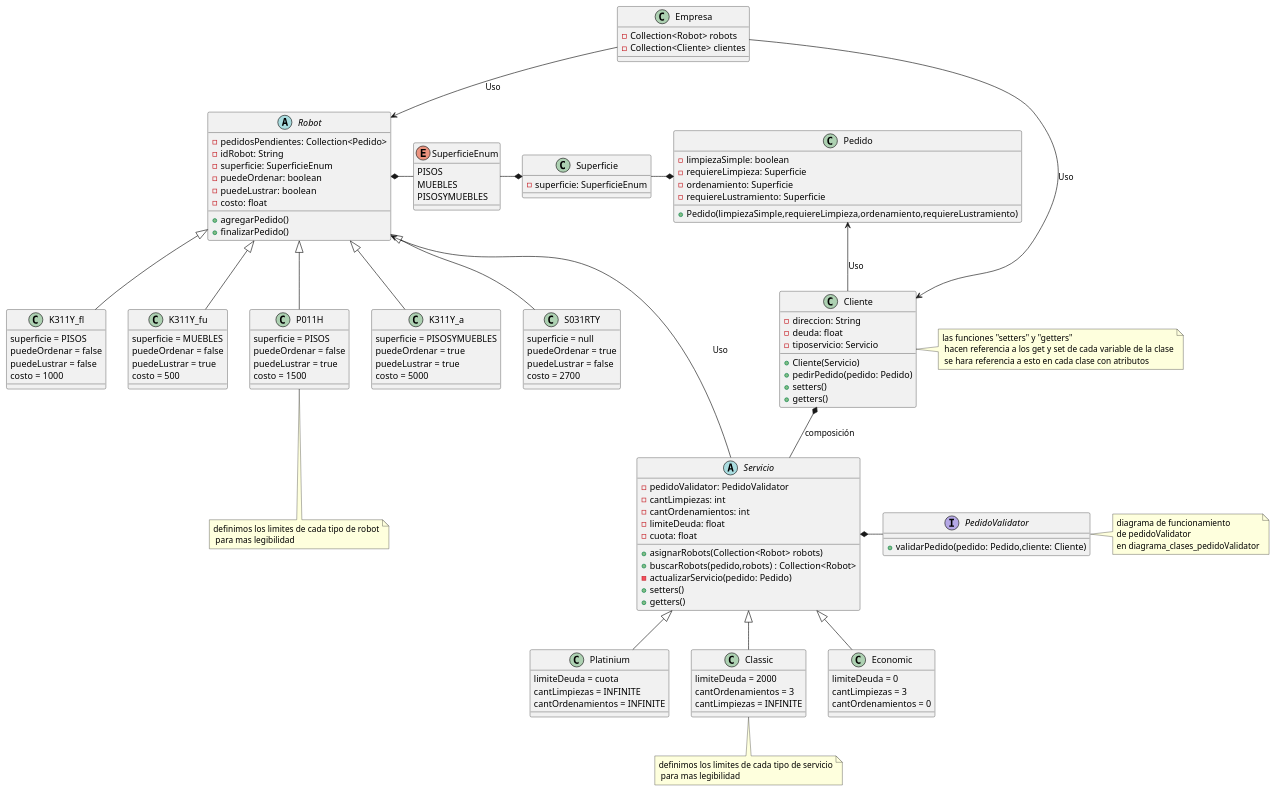
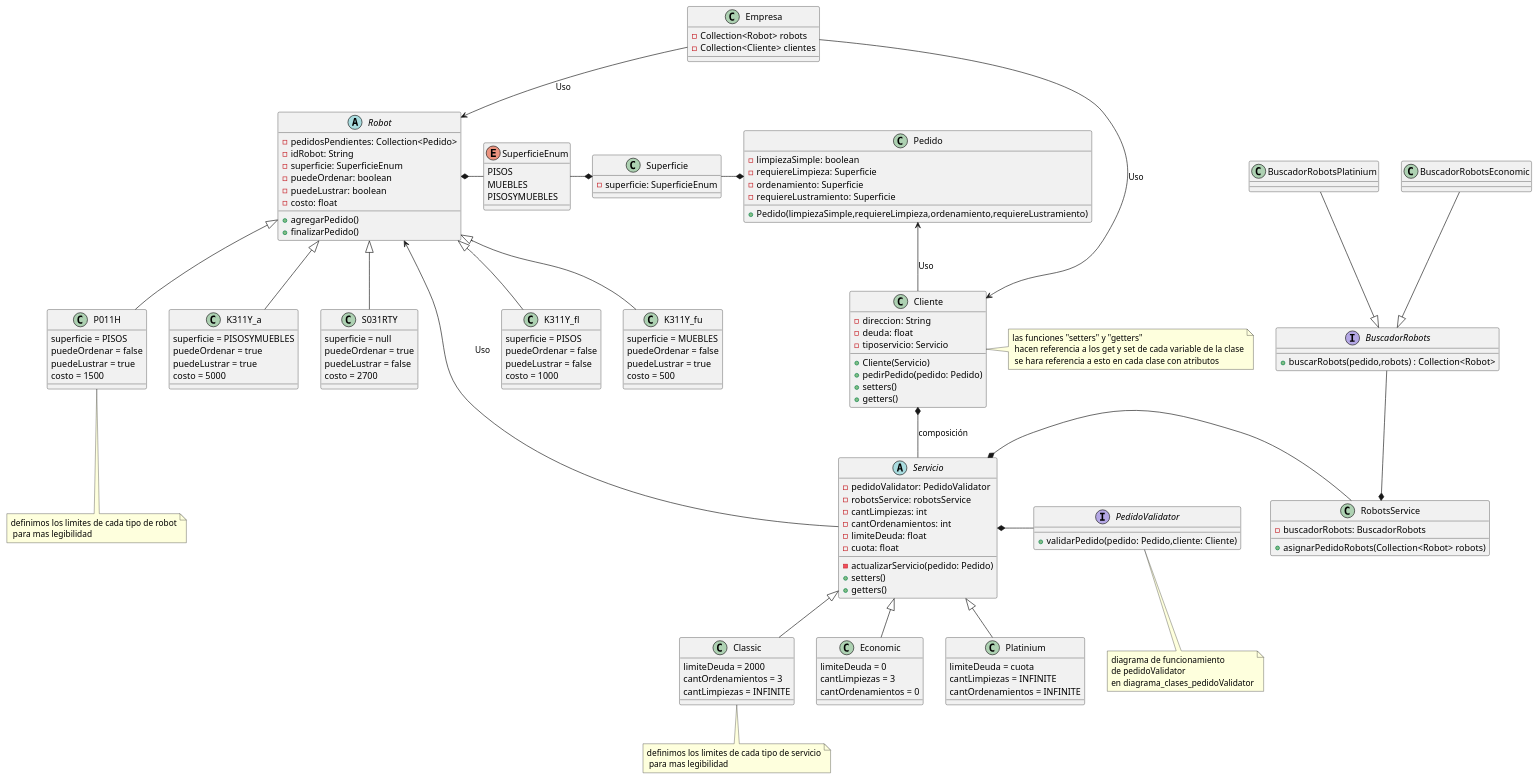
One commit to bacarvalho/TrabajoPractico changed the diagram in src/main/java/com/grupo4/trabajo/Diagramas/diagrama_clases.puml. Above: the diagram before and after it, drawn with PlantUML.

Commit message:
implementacion en el diagrama de RobotsService

```diff
--- a/src/main/java/com/grupo4/trabajo/Diagramas/diagrama_clases.puml
+++ b/src/main/java/com/grupo4/trabajo/Diagramas/diagrama_clases.puml
@@ -1,154 +1,171 @@
 @startuml
 'https://plantuml.com/class-diagram
 
 
 class Cliente{
 -direccion: String
 -deuda: float
 -tiposervicio: Servicio
 
 +Cliente(Servicio)
 +pedirPedido(pedido: Pedido)
 +setters()
 +getters()
 }
 
 class Empresa{
 -Collection<Robot> robots
 -Collection<Cliente> clientes
 }
 
 
 abstract class Servicio{
 - pedidoValidator: PedidoValidator
+- robotsService: robotsService
 - cantLimpiezas: int
 - cantOrdenamientos: int
 - limiteDeuda: float
- -cuota: float
+-cuota: float
 
-+asignarRobots(Collection<Robot> robots)
-+buscarRobots(pedido,robots) : Collection<Robot>
 -actualizarServicio(pedido: Pedido)
 +setters()
 +getters()
 }
 
 abstract class Robot{
 - pedidosPendientes: Collection<Pedido>
 - idRobot: String
 - superficie: SuperficieEnum
 - puedeOrdenar: boolean
 - puedeLustrar: boolean
 - costo: float
 
 +agregarPedido()
 +finalizarPedido()
 }
 
 class K311Y_fl{
  superficie = PISOS
  puedeOrdenar = false
  puedeLustrar = false
  costo = 1000
 }
 class K311Y_fu{
 superficie = MUEBLES
  puedeOrdenar = false
  puedeLustrar = true
  costo = 500
 }
 class P011H{
 superficie = PISOS
  puedeOrdenar = false
  puedeLustrar = true
  costo = 1500
 }
 class K311Y_a{
  superficie = PISOSYMUEBLES
  puedeOrdenar = true
  puedeLustrar = true
  costo = 5000
 }
 class S031RTY{
 superficie = null
  puedeOrdenar = true
  puedeLustrar = false
  costo = 2700
 }
 
 class Platinium{
 limiteDeuda = cuota
 cantLimpiezas = INFINITE
 cantOrdenamientos = INFINITE
 }
 class Classic{
 limiteDeuda = 2000
 cantOrdenamientos = 3
 cantLimpiezas = INFINITE
 }
 
 class Economic{
 limiteDeuda = 0
 cantLimpiezas = 3
 cantOrdenamientos = 0
 }
 
+class RobotsService{
+    -buscadorRobots: BuscadorRobots
+    +asignarPedidoRobots(Collection<Robot> robots)
+}
 
+interface BuscadorRobots{
++buscarRobots(pedido,robots) : Collection<Robot>
+}
 
+class BuscadorRobotsEconomic{
+
+}
+
+class BuscadorRobotsPlatinium{
+}
 
 class Pedido{
 - limpiezaSimple: boolean
 - requiereLimpieza: Superficie
 - ordenamiento: Superficie
 - requiereLustramiento: Superficie
 
 +Pedido(limpiezaSimple,requiereLimpieza,ordenamiento,requiereLustramiento)
 }
 
 enum SuperficieEnum{
 PISOS
 MUEBLES
 PISOSYMUEBLES
 }
 
 class Superficie{
 - superficie: SuperficieEnum
 }
 
 Robot <|-- K311Y_fl
 Robot <|-- K311Y_fu
 Robot <|-- P011H
 Robot <|-- K311Y_a
 Robot <|-- S031RTY
 
 Servicio <|-- Platinium
 Servicio <|-- Classic
 Servicio <|-- Economic
 
 interface PedidoValidator{
 +validarPedido(pedido: Pedido,cliente: Cliente)
 }
 
 Robot <-- Servicio : Uso
 PedidoValidator -left-* Servicio
+RobotsService -left-* Servicio
 Pedido <--  Cliente : Uso
+
+RobotsService *-up- BuscadorRobots
+BuscadorRobots <|-up- BuscadorRobotsEconomic
+BuscadorRobots <|-up- BuscadorRobotsPlatinium
 
 Cliente <-up- Empresa  : Uso
 
 Robot <-up-  Empresa : Uso
 
 Cliente *--  Servicio : composición
 
 Superficie *-left- SuperficieEnum
 Robot *-right- SuperficieEnum
 Pedido *-left- Superficie
 
 note bottom of Classic : definimos los limites de cada tipo de servicio\n para mas legibilidad
 note bottom of P011H : definimos los limites de cada tipo de robot\n para mas legibilidad
 note right of Cliente : las funciones "setters" y "getters" \n hacen referencia a los get y set de cada variable de la clase\n se hara referencia a esto en cada clase con atributos
-note right of PedidoValidator
+note bottom of PedidoValidator
 diagrama de funcionamiento
 de pedidoValidator
 en diagrama_clases_pedidoValidator
 end note
 @enduml
```
